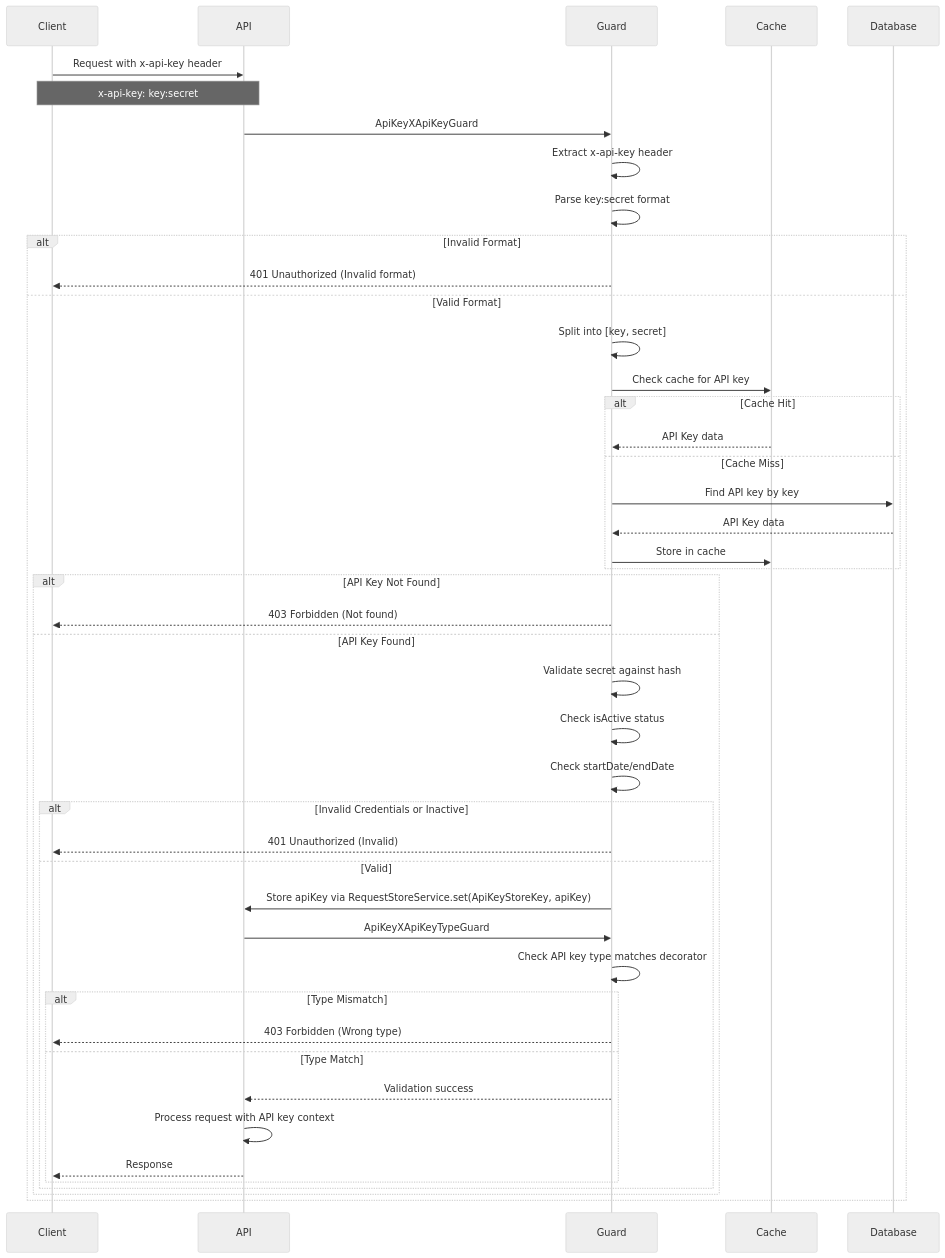
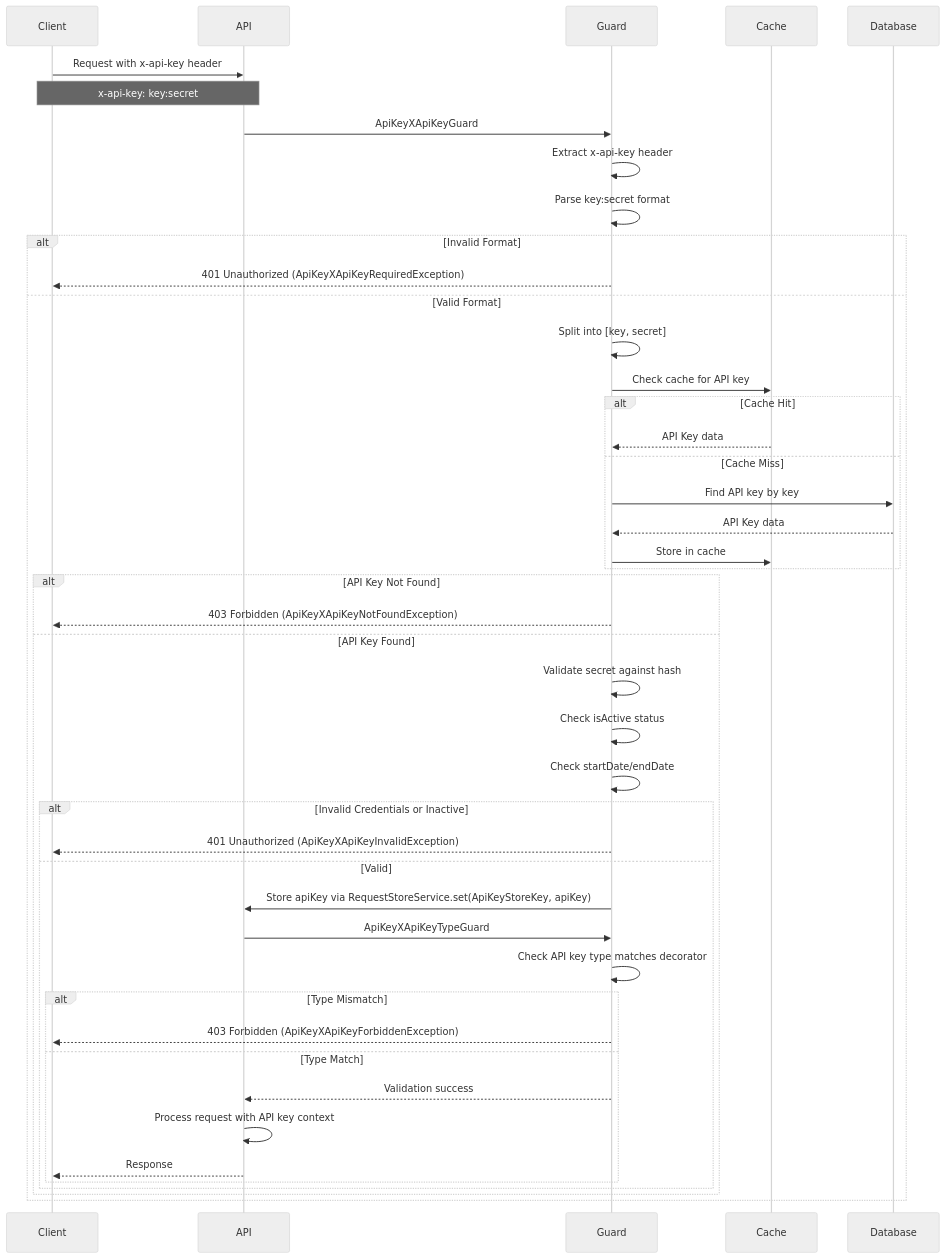
One commit to andrechristikan/ack-nestjs-boilerplate changed the seventh of 9 diagrams in docs/authentication.md. Above: the diagram before and after it, drawn with Mermaid (neutral theme). The commit also changed other lines of this file and 156 other files, not shown here.

````diff
--- a/docs/authentication.md
+++ b/docs/authentication.md
@@ -999,54 +999,54 @@
 ```mermaid
 sequenceDiagram
     participant Client
     participant API
     participant Guard
     participant Cache
     participant Database
 
     Client->>API: Request with x-api-key header
     Note over Client,API: x-api-key: key:secret
 
     API->>Guard: ApiKeyXApiKeyGuard
     Guard->>Guard: Extract x-api-key header
     Guard->>Guard: Parse key:secret format
 
     alt Invalid Format
-        Guard-->>Client: 401 Unauthorized (Invalid format)
+        Guard-->>Client: 401 Unauthorized (ApiKeyXApiKeyRequiredException)
     else Valid Format
         Guard->>Guard: Split into [key, secret]
         Guard->>Cache: Check cache for API key
         
         alt Cache Hit
             Cache-->>Guard: API Key data
         else Cache Miss
             Guard->>Database: Find API key by key
             Database-->>Guard: API Key data
             Guard->>Cache: Store in cache
         end
 
         alt API Key Not Found
-            Guard-->>Client: 403 Forbidden (Not found)
+            Guard-->>Client: 403 Forbidden (ApiKeyXApiKeyNotFoundException)
         else API Key Found
             Guard->>Guard: Validate secret against hash
             Guard->>Guard: Check isActive status
             Guard->>Guard: Check startDate/endDate
 
             alt Invalid Credentials or Inactive
-                Guard-->>Client: 401 Unauthorized (Invalid)
+                Guard-->>Client: 401 Unauthorized (ApiKeyXApiKeyInvalidException)
             else Valid
                 Guard->>API: Store apiKey via RequestStoreService.set(ApiKeyStoreKey, apiKey)
                 API->>Guard: ApiKeyXApiKeyTypeGuard
                 Guard->>Guard: Check API key type matches decorator
 
                 alt Type Mismatch
-                    Guard-->>Client: 403 Forbidden (Wrong type)
+                    Guard-->>Client: 403 Forbidden (ApiKeyXApiKeyForbiddenException)
                 else Type Match
                     Guard-->>API: Validation success
                     API->>API: Process request with API key context
                     API-->>Client: Response
                 end
             end
         end
     end
 ```
````
